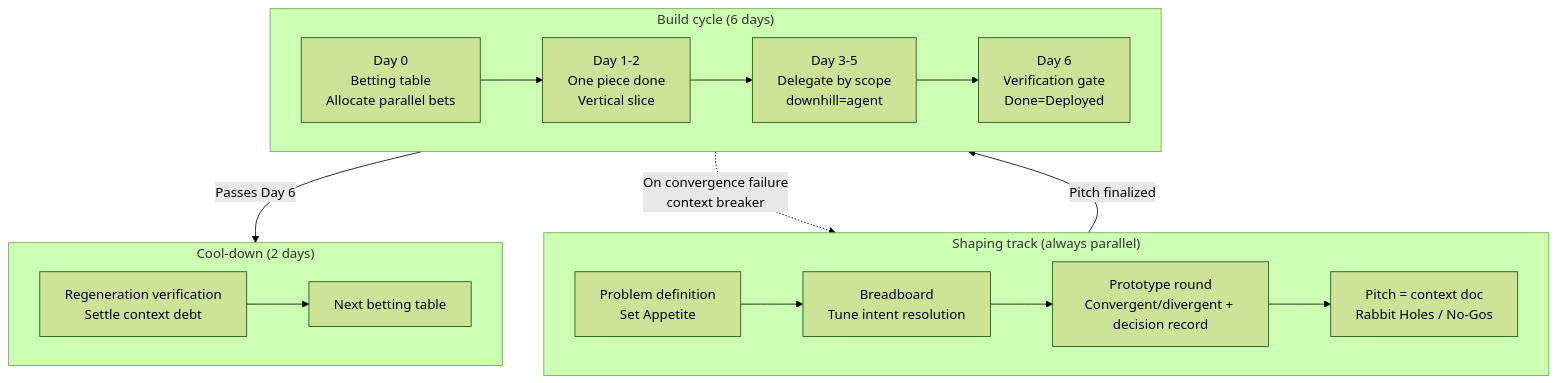
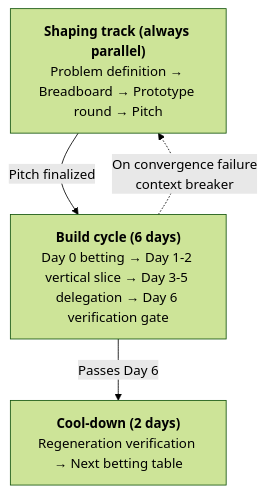
One commit to roboco-io/vibe-driven-development-lifecycle changed the diagram in docs/cycle.md. Above: the diagram before and after it, drawn with Mermaid (forest theme). The commit also changed 3 other files, not shown here.

First line of the commit message:
fix: 사이클 다이어그램을 트랙 수준 3노드로 단순화

````diff
--- a/docs/cycle.md
+++ b/docs/cycle.md
@@ -23,18 +23,9 @@
 ```mermaid
 flowchart TB
-    subgraph SHAPING["Shaping track (always parallel)"]
-        direction LR
-        S1["Problem definition<br/>Set Appetite"] --> S2["Breadboard<br/>Tune intent resolution"] --> SP["Prototype round<br/>Convergent/divergent + decision record"] --> S3["Pitch = context doc<br/>Rabbit Holes / No-Gos"]
-    end
-    subgraph CYCLE["Build cycle (6 days)"]
-        direction LR
-        B0["Day 0<br/>Betting table<br/>Allocate parallel bets"] --> B1["Day 1-2<br/>One piece done<br/>Vertical slice"] --> B2["Day 3-5<br/>Delegate by scope<br/>downhill=agent"] --> B3["Day 6<br/>Verification gate<br/>Done=Deployed"]
-    end
-    subgraph COOL["Cool-down (2 days)"]
-        direction LR
-        C1["Regeneration verification<br/>Settle context debt"] --> C2["Next betting table"]
-    end
-    SHAPING -->|"Pitch finalized"| CYCLE
-    CYCLE -->|"Passes Day 6"| COOL
-    CYCLE -. "On convergence failure<br/>context breaker" .-> SHAPING
+    S["<b>Shaping track (always parallel)</b><br/>Problem definition → Breadboard → Prototype round → Pitch"]
+    B["<b>Build cycle (6 days)</b><br/>Day 0 betting → Day 1-2 vertical slice → Day 3-5 delegation → Day 6 verification gate"]
+    C["<b>Cool-down (2 days)</b><br/>Regeneration verification → Next betting table"]
+    S -->|"Pitch finalized"| B
+    B -->|"Passes Day 6"| C
+    B -. "On convergence failure<br/>context breaker" .-> S
 ```
````
